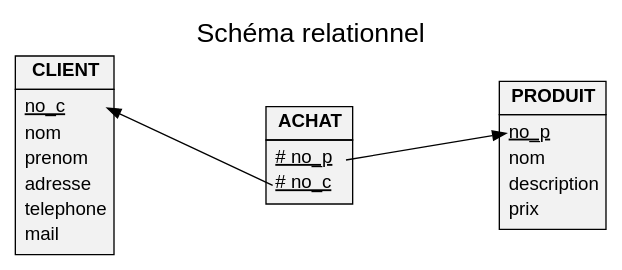
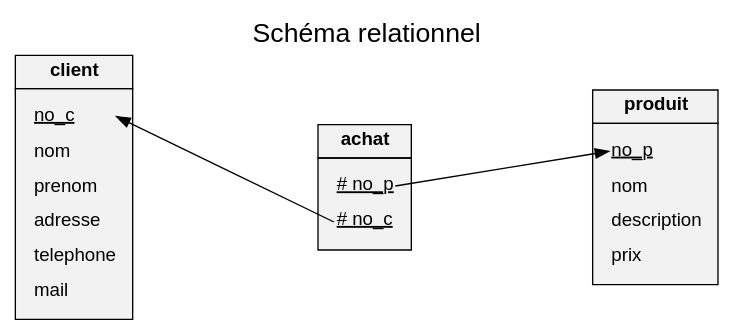
Before and after one commit to t-doc-org/informatique: the third of 3 diagrams in docs/bases-de-donnees/bd-relationnelle.md, drawn with Graphviz. The commit also changed other lines of this file and 3 other files, not shown here.

````diff
--- a/docs/bases-de-donnees/bd-relationnelle.md
+++ b/docs/bases-de-donnees/bd-relationnelle.md
@@ -210,68 +210,68 @@
 ```{graphviz}
 :align: center
 digraph UML_Class_diagram {
   graph [
     label="Schéma relationnel"
     labelloc="t"
     fontname="Helvetica,Arial,sans-serif"
     fontsize="20pt"
     layout="circo"
   ]
   node [
     fontname="Helvetica,Arial,sans-serif"
     shape=record
     style=filled
     fillcolor=gray95
   ]
   edge [fontname="Helvetica,Arial,sans-serif"]
   edge [style=solid]
   Class3:a1 -> Class1:p1
   Class3:a2 -> Class2:c1
 
   Class1 [
     shape=plain
     label=<<table border="0" cellborder="1" cellspacing="0" cellpadding="4">
-      <tr> <td> <b>PRODUIT</b> </td> </tr>
+      <tr> <td> <b>produit</b> </td> </tr>
       <tr> <td>
-        <table border="0" cellborder="0" cellspacing="0" >
+        <table border="0" cellborder="0" cellspacing="7" >
           <tr> <td align="left" port="p1"><u>no_p</u></td> </tr>
           <tr> <td port="p2" align="left" >nom</td> </tr>
           <tr> <td port="p3" align="left" >description</td> </tr>
           <tr> <td port="p4" align="left" >prix</td> </tr>
         </table>
       </td> </tr>
     </table>>
   ]
 
   Class2 [
     shape=plain
     label=<<table border="0" cellborder="1" cellspacing="0" cellpadding="4">
-      <tr> <td> <b>CLIENT</b> </td> </tr>
+      <tr> <td> <b>client</b> </td> </tr>
       <tr> <td>
-        <table border="0" cellborder="0" cellspacing="0" >
+        <table border="0" cellborder="0" cellspacing="7" >
           <tr> <td align="left" port="c1"><u>no_c</u></td> </tr>
           <tr> <td port="c2" align="left" >nom</td> </tr>
           <tr> <td port="c3" align="left" >prenom</td> </tr>
           <tr> <td port="c4" align="left" >adresse</td> </tr>
           <tr> <td port="c5" align="left" >telephone</td> </tr>
           <tr> <td port="c6" align="left" >mail</td> </tr>
         </table>
       </td> </tr>
     </table>>
   ]
 
   Class3 [
     shape=plain
     label=<<table border="0" cellborder="1" cellspacing="0" cellpadding="4">
-      <tr> <td> <b>ACHAT</b> </td> </tr>
+      <tr> <td> <b>achat</b> </td> </tr>
       <tr> <td>
-        <table border="0" cellborder="0" cellspacing="0" >
+        <table border="0" cellborder="0" cellspacing="7" >
           <tr> <td align="left" port="a1"><u># no_p</u></td> </tr>
           <tr> <td port="a2" align="left" ><u># no_c</u></td> </tr>
         </table>
       </td> </tr>
     </table>>
   ]
 
 }
 ```
````
